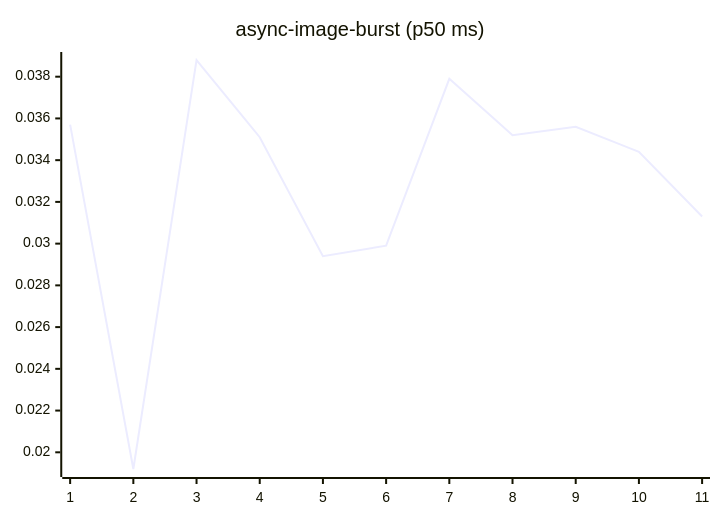
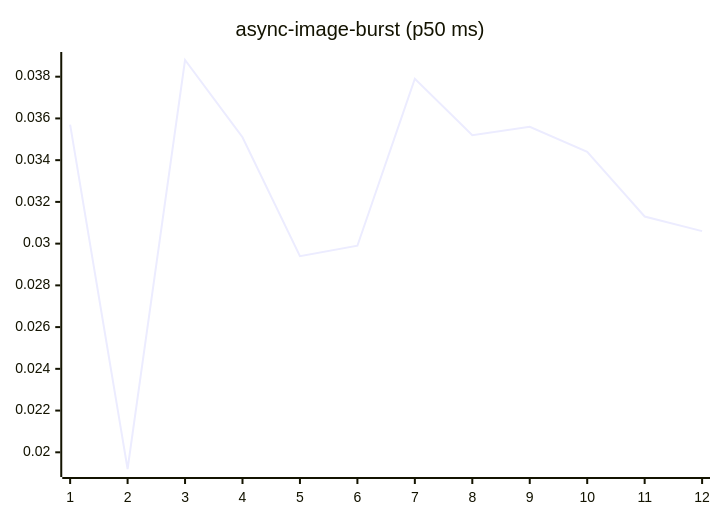
Before and after one commit to josha/Facet: the fourth of 27 diagrams in README.md, drawn with Mermaid. The commit also changed other lines of this file and 2 other files, not shown here.

````diff
--- a/README.md
+++ b/README.md
@@ -84,6 +84,6 @@
 ```mermaid
 xychart-beta
     title "async-image-burst (p50 ms)"
-    x-axis 1 --> 11
-    line [0.0357, 0.0192, 0.0388, 0.0351, 0.0294, 0.0299, 0.0379, 0.0352, 0.0356, 0.0344, 0.0313]
+    x-axis 1 --> 12
+    line [0.0357, 0.0192, 0.0388, 0.0351, 0.0294, 0.0299, 0.0379, 0.0352, 0.0356, 0.0344, 0.0313, 0.0306]
 ```
````
